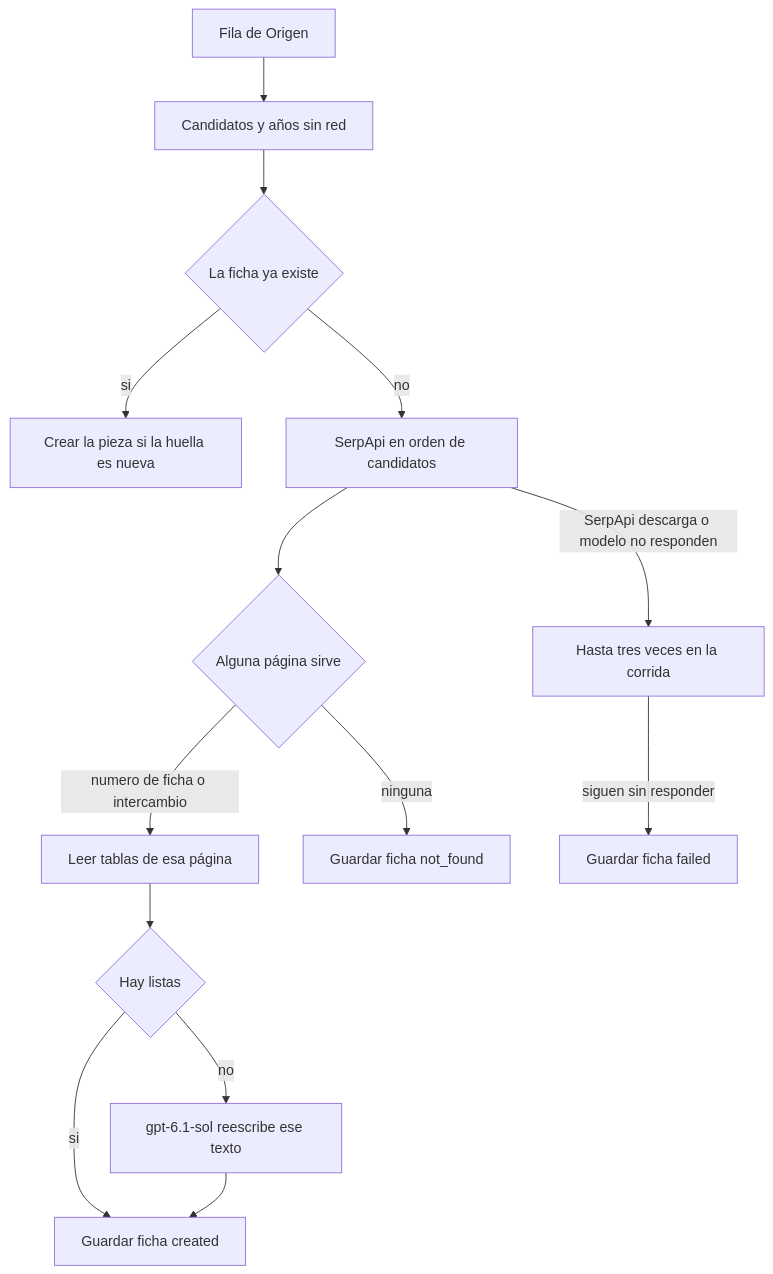
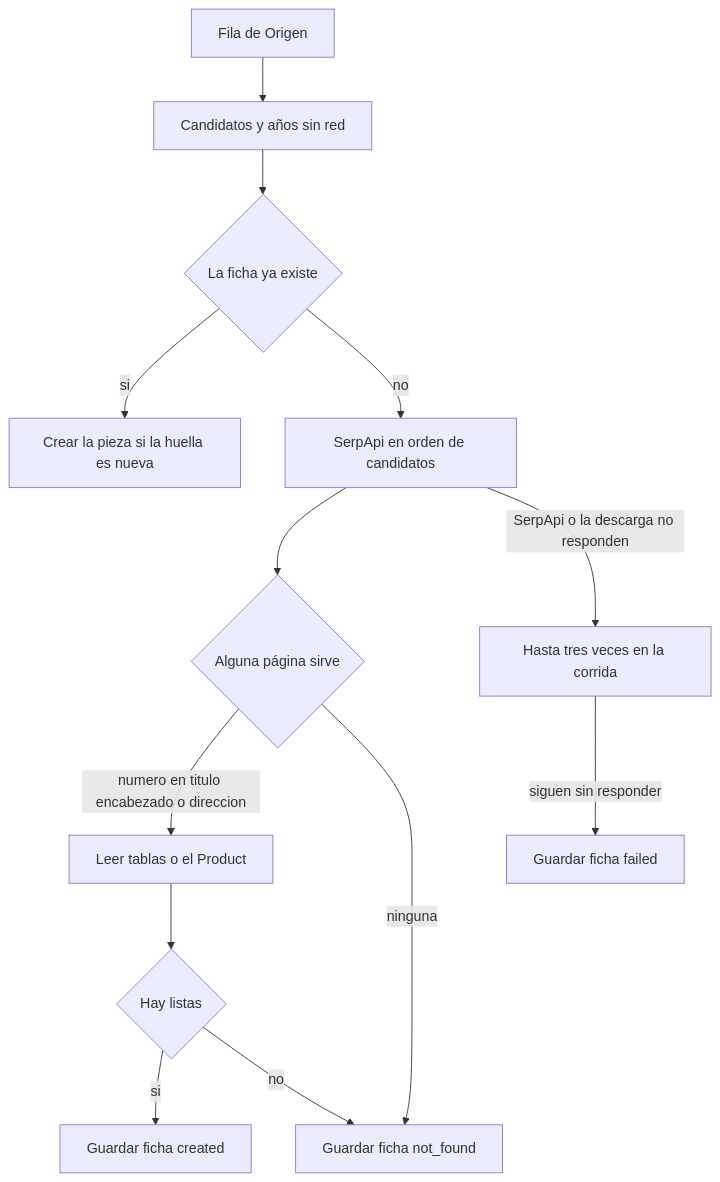
Before and after one commit to MrCesar107/bonaparte-test-app: the diagram in docs/busqueda-de-similes.md, drawn with Mermaid. The commit also changed other lines of this file and 26 other files, not shown here.

````diff
--- a/docs/busqueda-de-similes.md
+++ b/docs/busqueda-de-similes.md
@@ -9,16 +9,15 @@
 ```mermaid
 flowchart TD
   row[Fila de Origen] --> local[Candidatos y años sin red]
   local --> saved{La ficha ya existe}
   saved -->|si| part[Crear la pieza si la huella es nueva]
   saved -->|no| search[SerpApi en orden de candidatos]
   search --> page{Alguna página sirve}
-  page -->|numero de ficha o intercambio| read[Leer tablas de esa página]
+  page -->|numero en titulo encabezado o direccion| read[Leer tablas o el Product]
   read --> lists{Hay listas}
   lists -->|si| store[Guardar ficha created]
-  lists -->|no| model[gpt-6.1-sol reescribe ese texto]
-  model --> store
-  page -->|ninguna| missing[Guardar ficha not_found]
-  search -->|SerpApi descarga o modelo no responden| retry[Hasta tres veces en la corrida]
+  lists -->|no| missing[Guardar ficha not_found]
+  page -->|ninguna| missing
+  search -->|SerpApi o la descarga no responden| retry[Hasta tres veces en la corrida]
   retry -->|siguen sin responder| failed[Guardar ficha failed]
 ```
````
